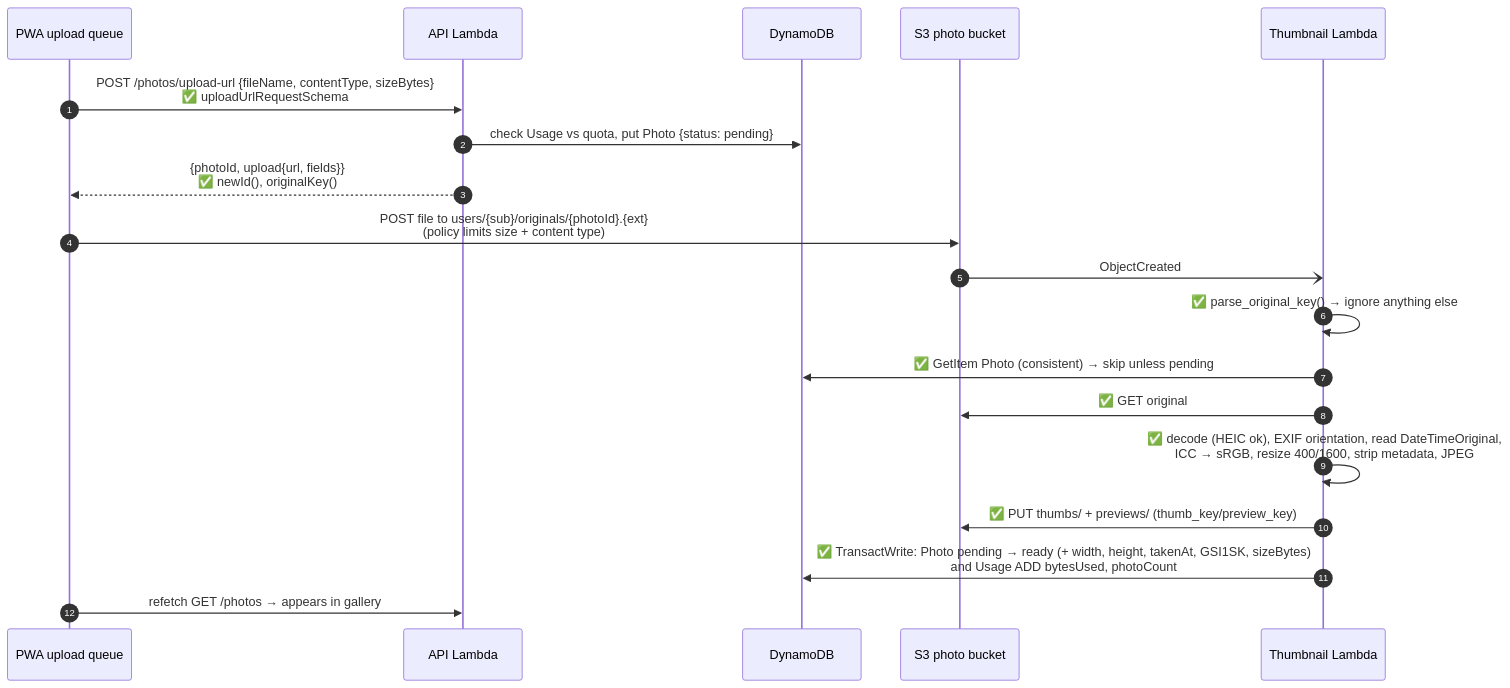
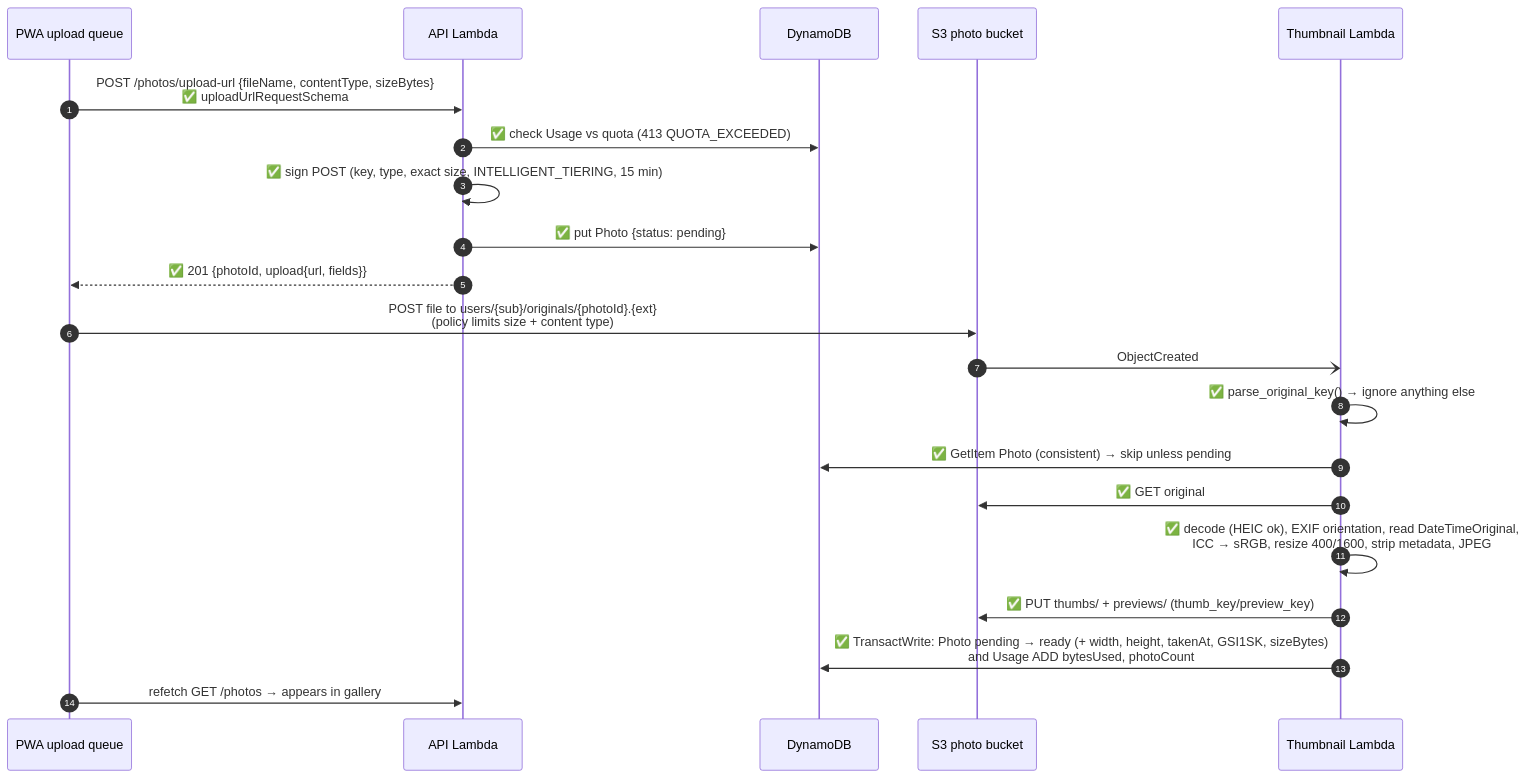
One commit to EdgarA28/Photo-app changed the fifth of 6 diagrams in ARCHITECTURE.md. Above: the diagram before and after it, drawn with Mermaid. The commit also changed other lines of this file and 11 other files, not shown here.

First line of the commit message:
Add POST /photos/upload-url (Phase 5.6)

````diff
--- a/ARCHITECTURE.md
+++ b/ARCHITECTURE.md
@@ -569,21 +571,23 @@
 ```mermaid
 sequenceDiagram
   autonumber
   participant U as PWA upload queue
   participant A as API Lambda
   participant D as DynamoDB
   participant S as S3 photo bucket
   participant T as Thumbnail Lambda
   U->>A: POST /photos/upload-url {fileName, contentType, sizeBytes}<br/>✅ uploadUrlRequestSchema
-  A->>D: check Usage vs quota, put Photo {status: pending}
-  A-->>U: {photoId, upload{url, fields}}<br/>✅ newId(), originalKey()
+  A->>D: ✅ check Usage vs quota (413 QUOTA_EXCEEDED)
+  A->>A: ✅ sign POST (key, type, exact size, INTELLIGENT_TIERING, 15 min)
+  A->>D: ✅ put Photo {status: pending}
+  A-->>U: ✅ 201 {photoId, upload{url, fields}}
   U->>S: POST file to users/{sub}/originals/{photoId}.{ext}<br/>(policy limits size + content type)
   S-)T: ObjectCreated
   T->>T: ✅ parse_original_key() → ignore anything else
   T->>D: ✅ GetItem Photo (consistent) → skip unless pending
   T->>S: ✅ GET original
   T->>T: ✅ decode (HEIC ok), EXIF orientation, read DateTimeOriginal,<br/>ICC → sRGB, resize 400/1600, strip metadata, JPEG
   T->>S: ✅ PUT thumbs/ + previews/ (thumb_key/preview_key)
   T->>D: ✅ TransactWrite: Photo pending → ready (+ width, height, takenAt, GSI1SK, sizeBytes)<br/>and Usage ADD bytesUsed, photoCount
   U->>A: refetch GET /photos → appears in gallery
 ```
````
